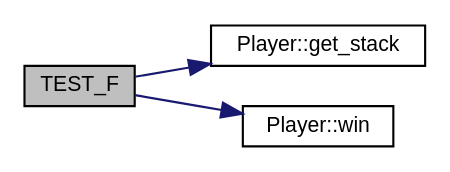
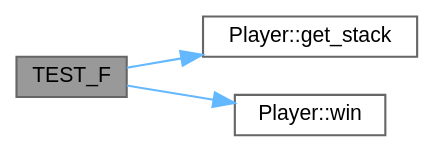
One commit to jesstyrrell/cosc345 changed the diagram in test___player_8cc_a5640485ed793ffec68fac7ba06da7169_cgraph.dot. Above: the diagram before and after it, drawn with Graphviz. The commit also changed 549 other files, not shown here.

```diff
--- a/test___player_8cc_a5640485ed793ffec68fac7ba06da7169_cgraph.dot
+++ b/test___player_8cc_a5640485ed793ffec68fac7ba06da7169_cgraph.dot
@@ -1,13 +1,14 @@
 digraph "TEST_F"
 {
  // INTERACTIVE_SVG=YES
  // LATEX_PDF_SIZE
-  edge [fontname="Helvetica",fontsize="10",labelfontname="Helvetica",labelfontsize="10"];
-  node [fontname="Helvetica",fontsize="10",shape=record];
+  bgcolor="transparent";
+  edge [fontname=Helvetica,fontsize=10,labelfontname=Helvetica,labelfontsize=10];
+  node [fontname=Helvetica,fontsize=10,shape=box,height=0.2,width=0.4];
   rankdir="LR";
-  Node1 [label="TEST_F",height=0.2,width=0.4,color="black", fillcolor="grey75", style="filled", fontcolor="black",tooltip=" "];
-  Node1 -> Node2 [color="midnightblue",fontsize="10",style="solid",fontname="Helvetica"];
-  Node2 [label="Player::get_stack",height=0.2,width=0.4,color="black", fillcolor="white", style="filled",URL="$class_player.html#aca2f65a65461c322a0563ae0482be213",tooltip="Gets the current stack of the player."];
-  Node1 -> Node3 [color="midnightblue",fontsize="10",style="solid",fontname="Helvetica"];
-  Node3 [label="Player::win",height=0.2,width=0.4,color="black", fillcolor="white", style="filled",URL="$class_player.html#ab466284a338277f1c20837e3f4d11b57",tooltip="Adds a winning amount to the player's stack."];
+  Node1 [id="Node000001",label="TEST_F",height=0.2,width=0.4,color="gray40", fillcolor="grey60", style="filled", fontcolor="black",tooltip=" "];
+  Node1 -> Node2 [id="edge1_Node000001_Node000002",color="steelblue1",style="solid",tooltip=" "];
+  Node2 [id="Node000002",label="Player::get_stack",height=0.2,width=0.4,color="grey40", fillcolor="white", style="filled",URL="$class_player.html#aca2f65a65461c322a0563ae0482be213",tooltip="Gets the current stack of the player."];
+  Node1 -> Node3 [id="edge2_Node000001_Node000003",color="steelblue1",style="solid",tooltip=" "];
+  Node3 [id="Node000003",label="Player::win",height=0.2,width=0.4,color="grey40", fillcolor="white", style="filled",URL="$class_player.html#ab466284a338277f1c20837e3f4d11b57",tooltip="Adds a winning amount to the player's stack."];
 }
```
